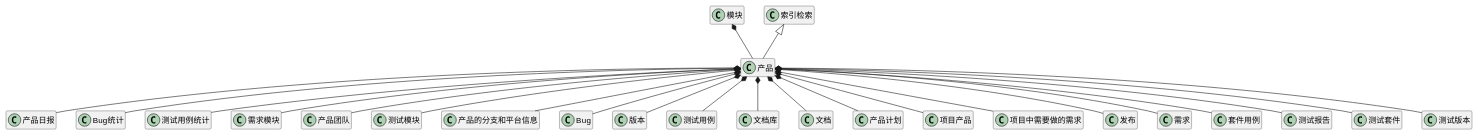
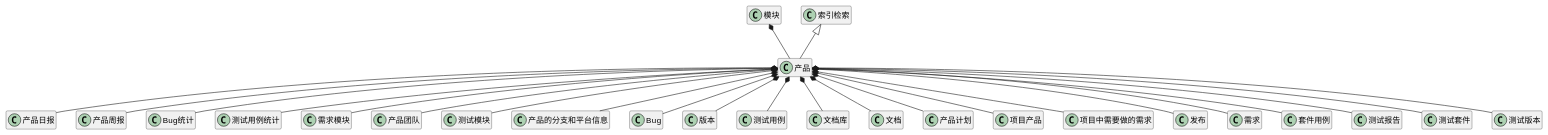
Before and after one commit to zj335841911/nt_chandao: the first of 7 diagrams in ibizpms-docs/src/main/doc/v1/module/zentao/Product_old.md, drawn with PlantUML. The commit also changed 294 other files, not shown here.

```diff
--- a/ibizpms-docs/src/main/doc/v1/module/zentao/Product_old.md
+++ b/ibizpms-docs/src/main/doc/v1/module/zentao/Product_old.md
@@ -6,26 +6,27 @@
 {% plantuml %}
 产品 *-- 产品日报 
+产品 *-- 产品周报 
 产品 *-- Bug统计 
 产品 *-- 测试用例统计 
 产品 *-- 需求模块 
 产品 *-- 产品团队 
 产品 *-- 测试模块 
 产品 *-- 产品的分支和平台信息 
 产品 *-- Bug 
 产品 *-- 版本 
 产品 *-- 测试用例 
 产品 *-- 文档库 
 产品 *-- 文档 
 产品 *-- 产品计划 
 产品 *-- 项目产品 
 产品 *-- 项目中需要做的需求 
 产品 *-- 发布 
 产品 *-- 需求 
 产品 *-- 套件用例 
 产品 *-- 测试报告 
 产品 *-- 测试套件 
 产品 *-- 测试版本 
 模块 *-- 产品 
 索引检索 <|-- 产品 
 hide members
 {% endplantuml %}
```
